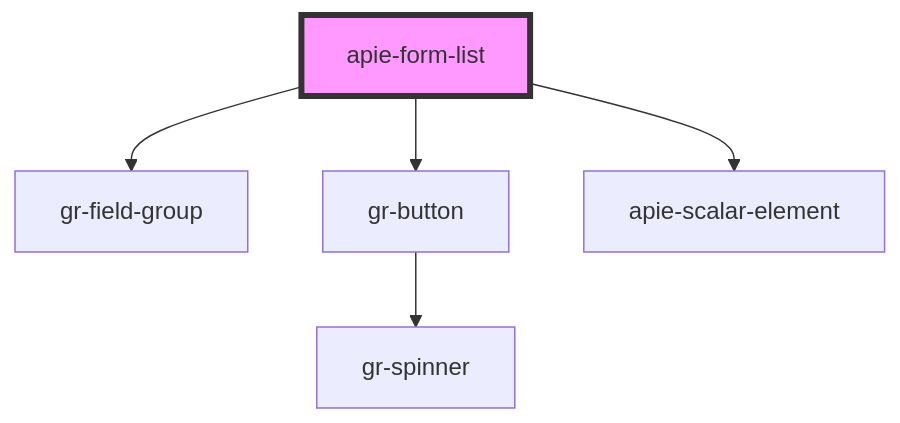
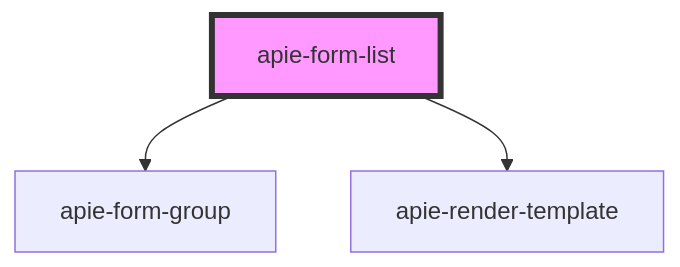
The diagram in src/components/apie-form-list/readme.md (apie-lib/apie-form-elements), drawn with Mermaid before and after one commit. The commit also changed other lines of this file and 84 other files, not shown here.

Commit message:
temporary merge of apie-design-system and apie-form-elements

````diff
--- a/src/components/apie-form-list/readme.md
+++ b/src/components/apie-form-list/readme.md
@@ -35,8 +35,6 @@
 ```mermaid
 graph TD;
-  apie-form-list --> gr-field-group
-  apie-form-list --> gr-button
-  apie-form-list --> apie-scalar-element
-  gr-button --> gr-spinner
+  apie-form-list --> apie-form-group
+  apie-form-list --> apie-render-template
   style apie-form-list fill:#f9f,stroke:#333,stroke-width:4px
 ```
````
